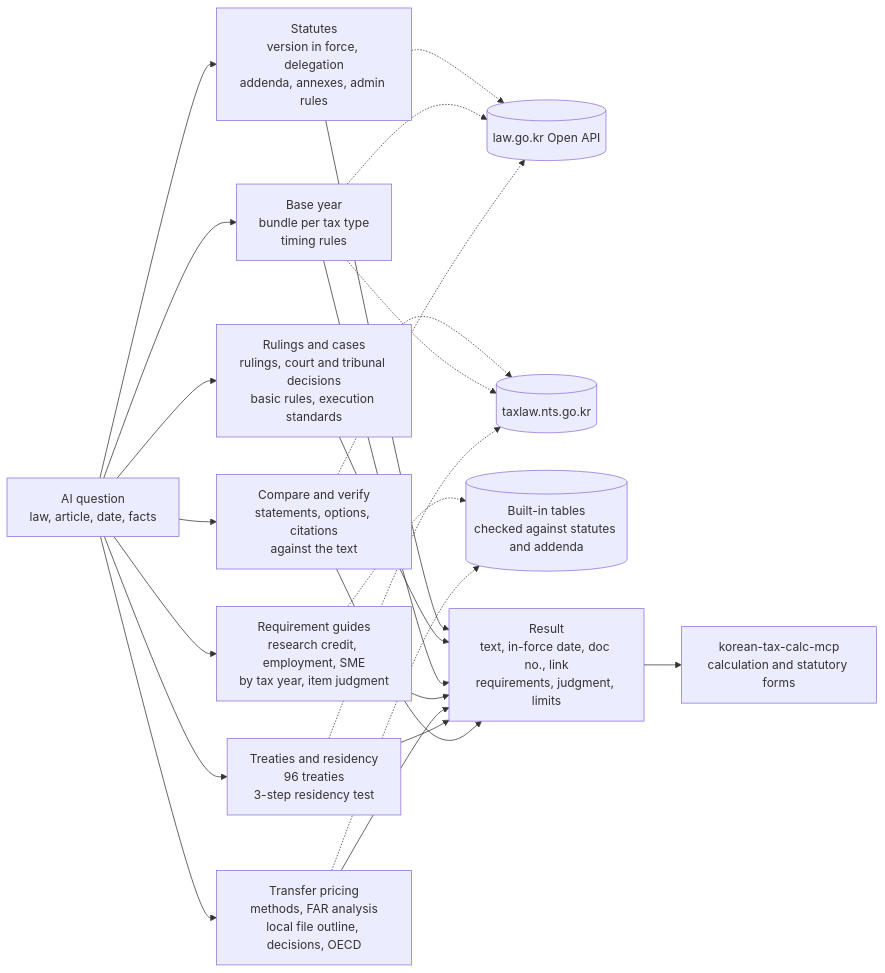
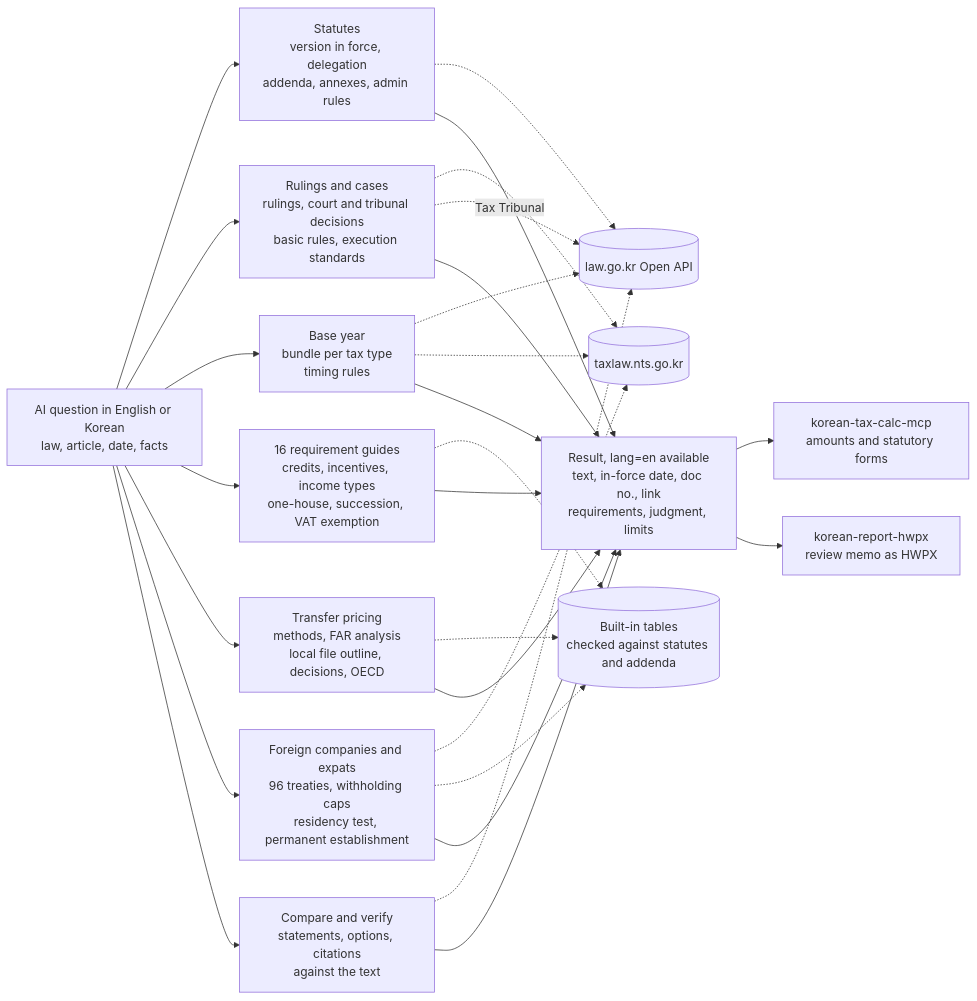
Before and after one commit to UpstageAI/korean-tax-mcp: the first of 2 diagrams in README-EN.md, drawn with Mermaid. The commit also changed other lines of this file and 10 other files, not shown here.

First line of the commit message:
docs: README·다이어그램 정리, 도구 설명 영어 첫 줄, 사례 링크, project_urls (0.15.3)

````diff
--- a/README-EN.md
+++ b/README-EN.md
@@ -17,27 +39,30 @@
 ```mermaid
 flowchart LR
-  Q["AI question<br/>law, article, date, facts"]
+  Q["AI question in English or Korean<br/>law, article, date, facts"]
   Q --> A["Statutes<br/>version in force, delegation<br/>addenda, annexes, admin rules"]
   Q --> B["Rulings and cases<br/>rulings, court and tribunal decisions<br/>basic rules, execution standards"]
   Q --> C["Base year<br/>bundle per tax type<br/>timing rules"]
-  Q --> D["Requirement guides<br/>research credit, employment, SME<br/>by tax year, item judgment"]
+  Q --> D["16 requirement guides<br/>credits, incentives, income types<br/>one-house, succession, VAT exemption"]
   Q --> E["Transfer pricing<br/>methods, FAR analysis<br/>local file outline, decisions, OECD"]
-  Q --> F["Treaties and residency<br/>96 treaties<br/>3-step residency test"]
+  Q --> F["Foreign companies and expats<br/>96 treaties, withholding caps<br/>residency test, permanent establishment"]
   Q --> G["Compare and verify<br/>statements, options, citations<br/>against the text"]
   A -.-> S1[("law.go.kr Open API")]
   B -.-> S2[("taxlaw.nts.go.kr")]
+  B -.->|Tax Tribunal| S1
   C -.-> S1
   C -.-> S2
   F -.-> S2
   G -.-> S1
   D -.-> S3[("Built-in tables<br/>checked against statutes and addenda")]
   E -.-> S3
-  A --> R["Result<br/>text, in-force date, doc no., link<br/>requirements, judgment, limits"]
+  F -.-> S3
+  A --> R["Result, lang=en available<br/>text, in-force date, doc no., link<br/>requirements, judgment, limits"]
   B --> R
   C --> R
   D --> R
   E --> R
   F --> R
   G --> R
-  R --> K["korean-tax-calc-mcp<br/>calculation and statutory forms"]
+  R --> K["korean-tax-calc-mcp<br/>amounts and statutory forms"]
+  R --> H["korean-report-hwpx<br/>review memo as HWPX"]
 ```
````
